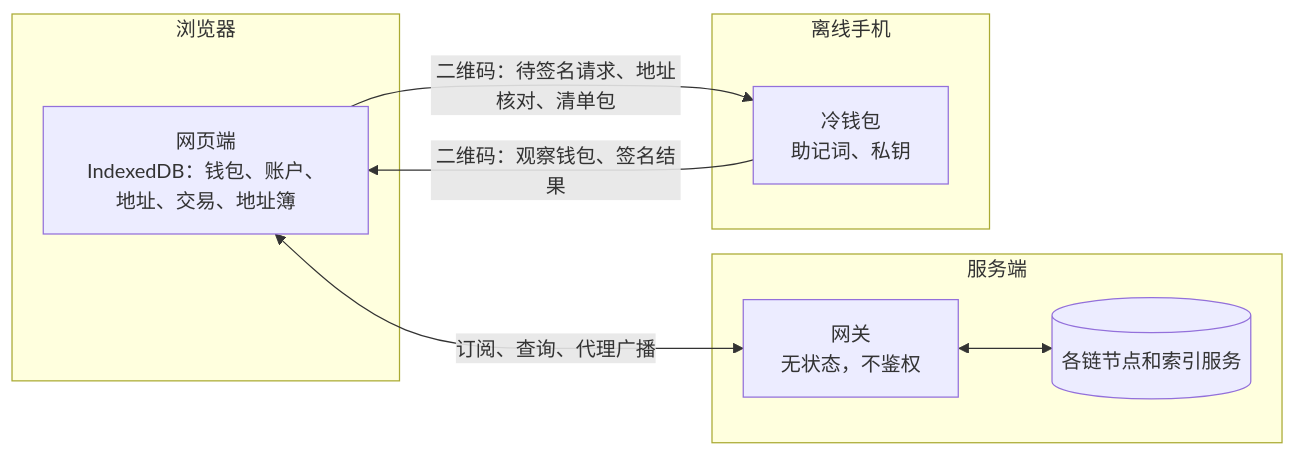
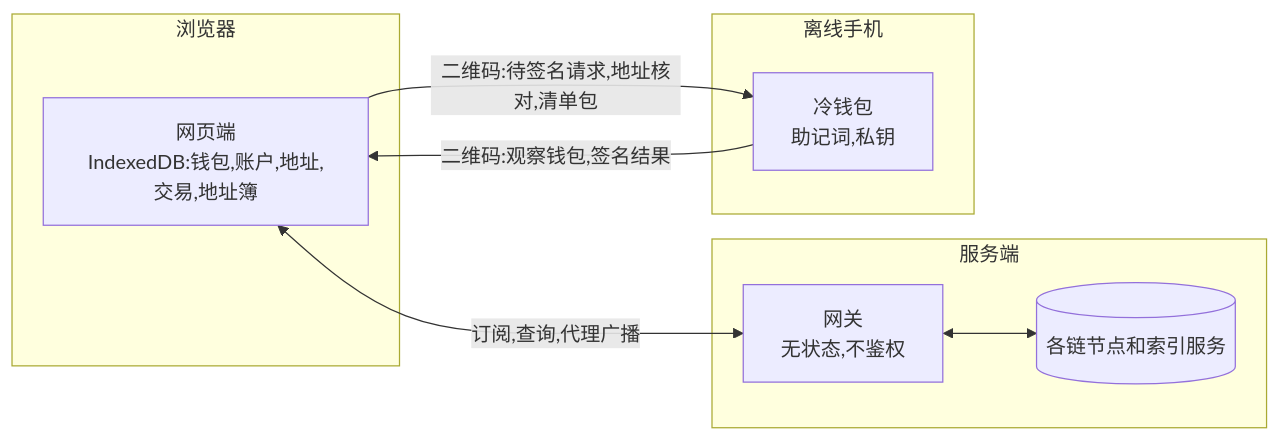
Before and after one commit to ccobcode/bitone: the first of 2 diagrams in docs/03-system.md, drawn with Mermaid. The commit also changed other lines of this file and 137 other files, not shown here.

````diff
--- a/docs/03-system.md
+++ b/docs/03-system.md
@@ -7,17 +7,17 @@
 ```mermaid
 flowchart LR
     subgraph browser[浏览器]
-        Web["网页端<br/>IndexedDB：钱包、账户、地址、交易、地址簿"]
+        Web["网页端<br/>IndexedDB:钱包,账户,地址,交易,地址簿"]
     end
     subgraph server[服务端]
-        GW["网关<br/>无状态，不鉴权"]
+        GW["网关<br/>无状态,不鉴权"]
         Nodes[("各链节点和索引服务")]
     end
     subgraph phone[离线手机]
-        App["冷钱包<br/>助记词、私钥"]
+        App["冷钱包<br/>助记词,私钥"]
     end
-    Web <-->|"订阅、查询、代理广播"| GW
+    Web <-->|"订阅,查询,代理广播"| GW
     GW <--> Nodes
-    Web -->|"二维码：待签名请求、地址核对、清单包"| App
-    App -->|"二维码：观察钱包、签名结果"| Web
+    Web -->|"二维码:待签名请求,地址核对,清单包"| App
+    App -->|"二维码:观察钱包,签名结果"| Web
 ```
````
